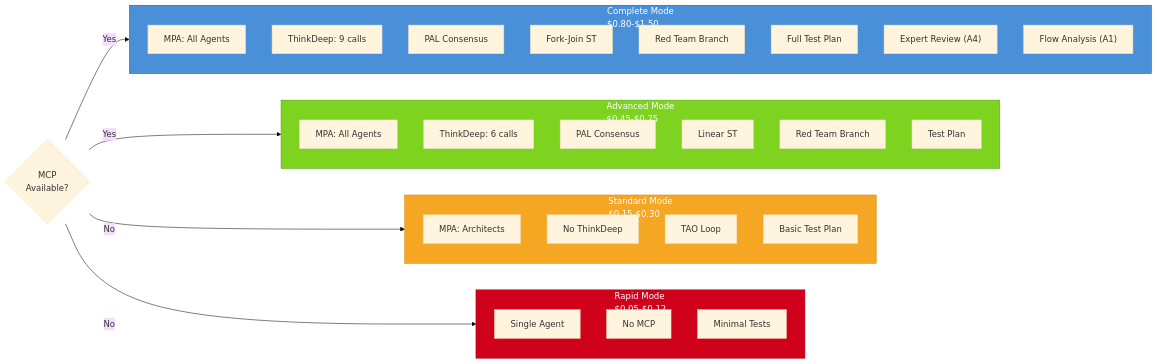
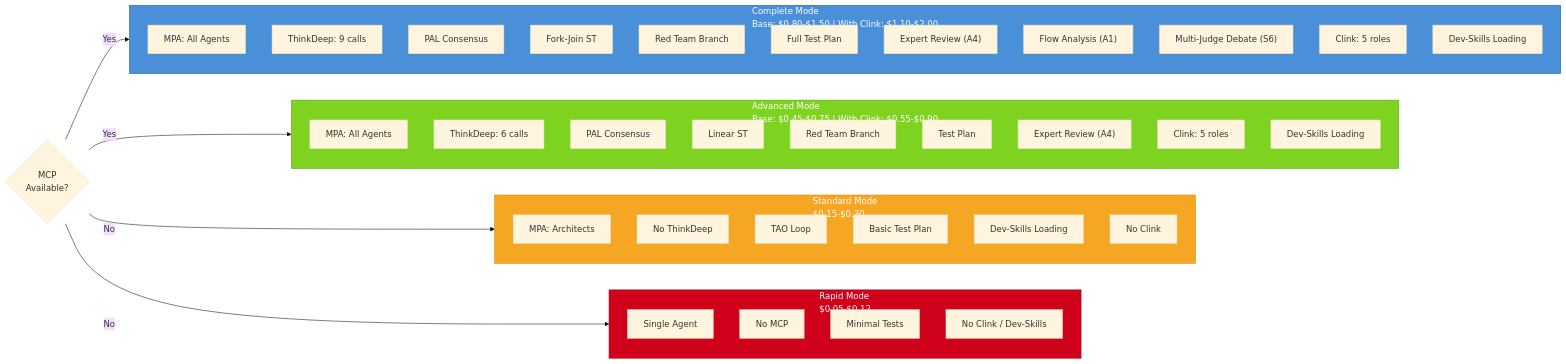
One commit to g3nx89/carlas-pantry changed the second of 11 diagrams in plugins/product-planning/docs/workflow-diagram.md. Above: the diagram before and after it, drawn with Mermaid (base theme). The commit also changed other lines of this file and 13 other files, not shown here.

````diff
--- a/plugins/product-planning/docs/workflow-diagram.md
+++ b/plugins/product-planning/docs/workflow-diagram.md
@@ -210,46 +239,55 @@
 ```mermaid
 flowchart LR
-    subgraph COMPLETE["Complete Mode<br/>$0.80-$1.50"]
+    subgraph COMPLETE["Complete Mode<br/>Base: $0.80-$1.50 | With Clink: $1.10-$2.00"]
         C1["MPA: All Agents"]
         C2["ThinkDeep: 9 calls"]
         C3["PAL Consensus"]
         C4["Fork-Join ST"]
         C5["Red Team Branch"]
         C6["Full Test Plan"]
         C7["Expert Review (A4)"]
         C8["Flow Analysis (A1)"]
+        C9["Multi-Judge Debate (S6)"]
+        C10["Clink: 5 roles"]
+        C11["Dev-Skills Loading"]
     end
 
-    subgraph ADVANCED["Advanced Mode<br/>$0.45-$0.75"]
+    subgraph ADVANCED["Advanced Mode<br/>Base: $0.45-$0.75 | With Clink: $0.55-$0.90"]
         A1["MPA: All Agents"]
         A2["ThinkDeep: 6 calls"]
         A3["PAL Consensus"]
         A4["Linear ST"]
         A5["Red Team Branch"]
         A6["Test Plan"]
+        A7["Expert Review (A4)"]
+        A8["Clink: 5 roles"]
+        A9["Dev-Skills Loading"]
     end
 
     subgraph STANDARD["Standard Mode<br/>$0.15-$0.30"]
         S1["MPA: Architects"]
         S2["No ThinkDeep"]
         S3["TAO Loop"]
         S4["Basic Test Plan"]
+        S5["Dev-Skills Loading"]
+        S6["No Clink"]
     end
 
     subgraph RAPID["Rapid Mode<br/>$0.05-$0.12"]
         R1["Single Agent"]
         R2["No MCP"]
         R3["Minimal Tests"]
+        R4["No Clink / Dev-Skills"]
     end
 
     MCP{"MCP<br/>Available?"}
     MCP -->|"Yes"| COMPLETE
     MCP -->|"Yes"| ADVANCED
     MCP -->|"No"| STANDARD
     MCP -->|"No"| RAPID
 
     style COMPLETE fill:#4A90D9,stroke:#2E5A8B,color:#fff
     style ADVANCED fill:#7ED321,stroke:#5BA018,color:#fff
     style STANDARD fill:#F5A623,stroke:#D4880F,color:#fff
     style RAPID fill:#D0021B,stroke:#A00216,color:#fff
 ```
````
